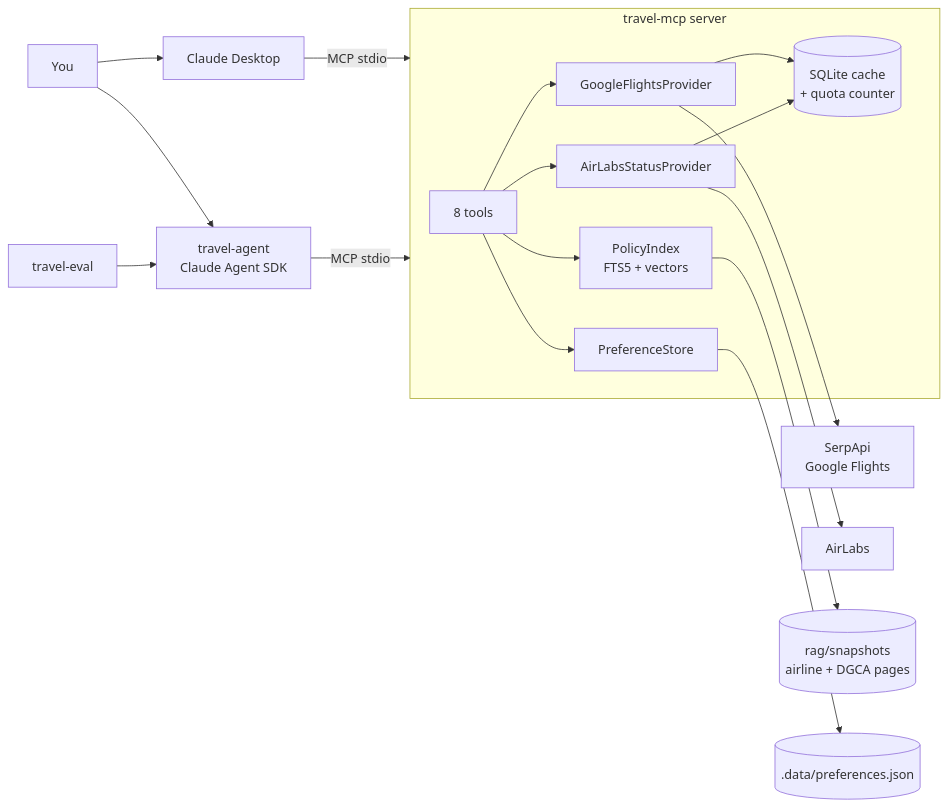
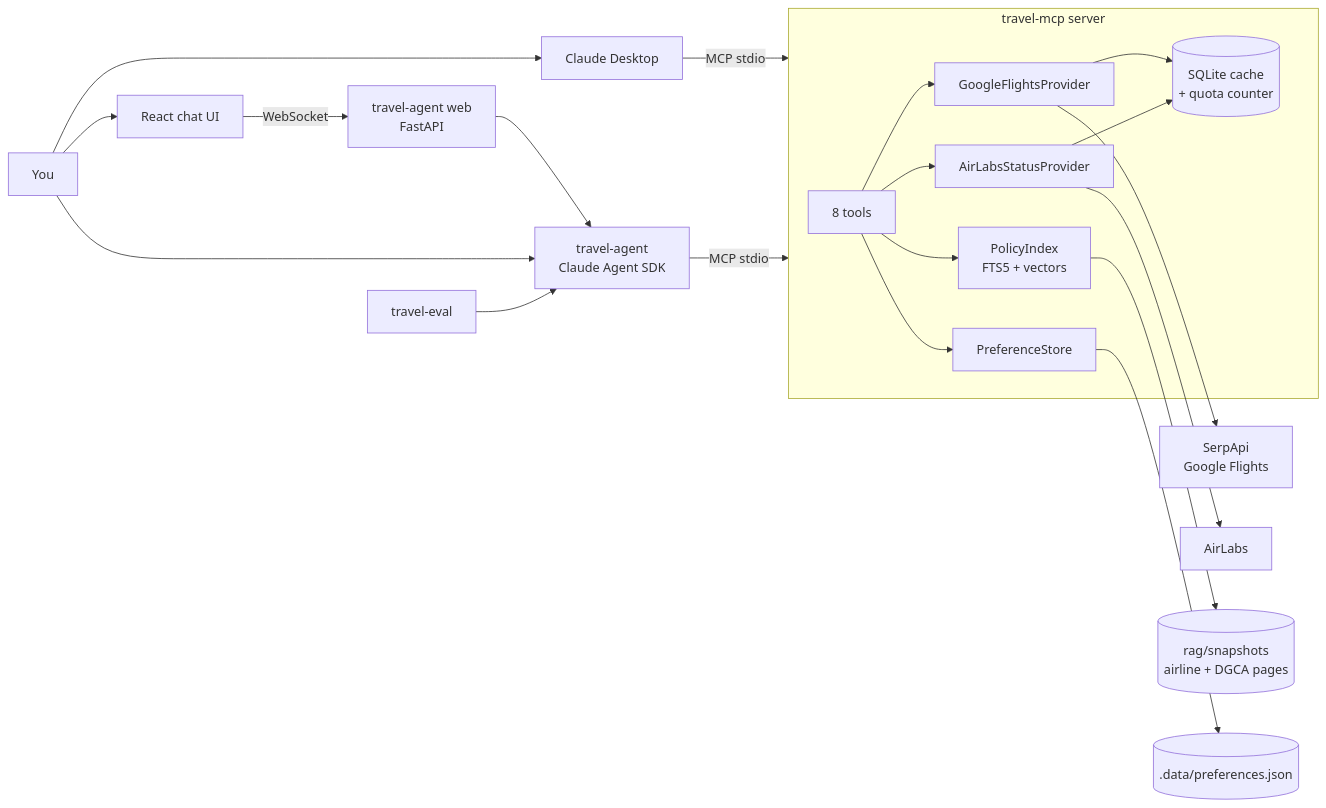
The diagram in docs/architecture.md (rkZ-10/travel-assistant), drawn with Mermaid before and after one commit. The commit also changed other lines of this file and 32 other files, not shown here.

First line of the commit message:
feat(ui): React chat UI with live tool activity, FastAPI WebSocket backend

````diff
--- a/docs/architecture.md
+++ b/docs/architecture.md
@@ -3,19 +3,21 @@
 ```mermaid
 flowchart LR
     U[You] --> CD[Claude Desktop]
+    U --> UI[React chat UI] -- WebSocket --> WEB[travel-agent web<br/>FastAPI]
+    WEB --> AG
     U --> AG[travel-agent<br/>Claude Agent SDK]
     EV[travel-eval] --> AG
     CD -- MCP stdio --> S
     AG -- MCP stdio --> S
     subgraph S[travel-mcp server]
         T[8 tools] --> P1[GoogleFlightsProvider]
         T --> P2[AirLabsStatusProvider]
         T --> RAG[PolicyIndex<br/>FTS5 + vectors]
         T --> PR[PreferenceStore]
         P1 & P2 --> C[(SQLite cache<br/>+ quota counter)]
     end
     P1 --> SA[SerpApi<br/>Google Flights]
     P2 --> AL[AirLabs]
     RAG --> SN[(rag/snapshots<br/>airline + DGCA pages)]
     PR --> PJ[(.data/preferences.json)]
 ```
````
